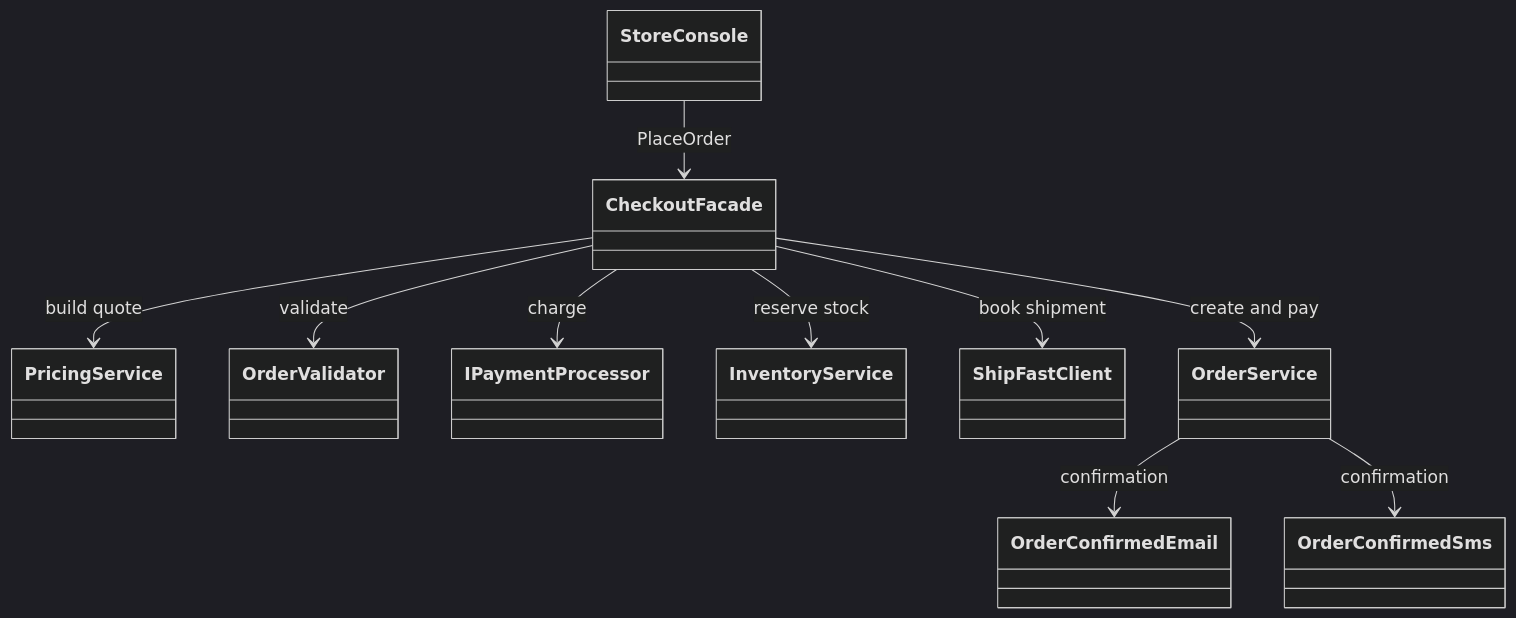
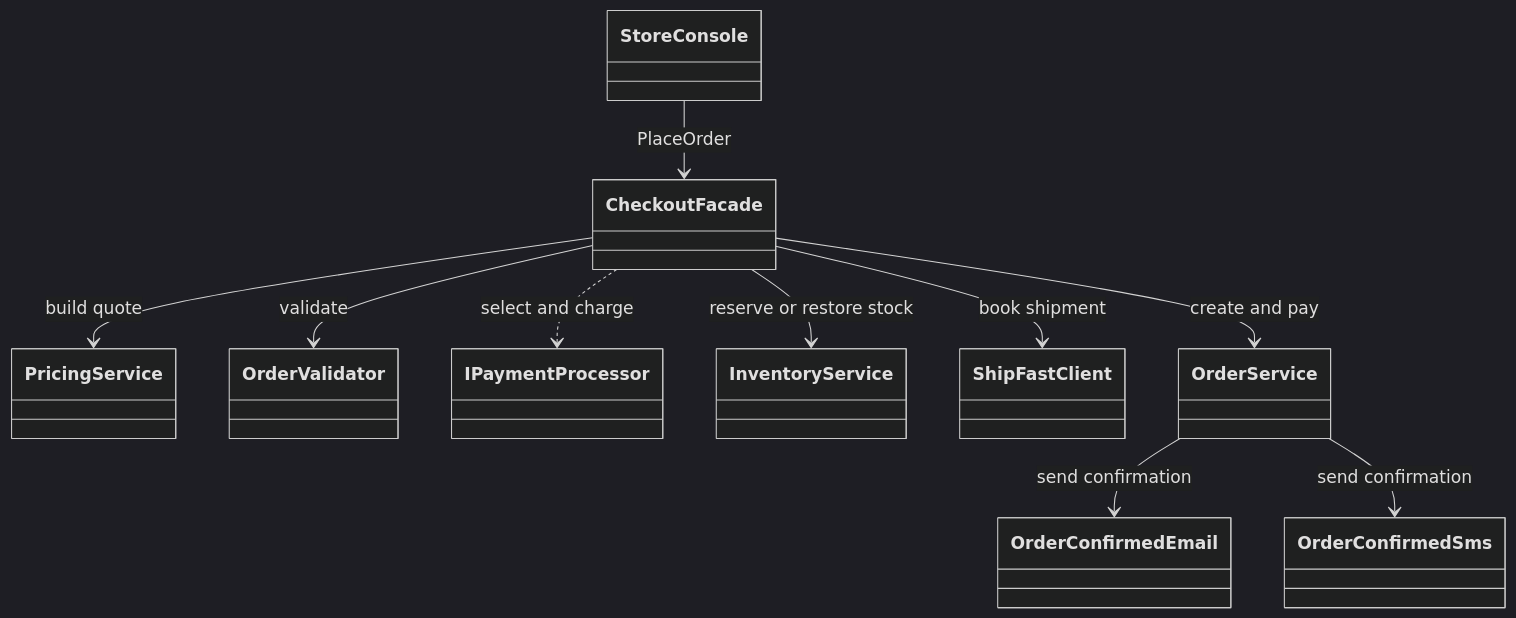
Before and after one commit to vaughnellis/gang-of-four-in-action: the first of 2 diagrams in patterns/structural/facade/README.md, drawn with Mermaid (dark theme). The commit also changed other lines of this file and 34 other files, not shown here.

````diff
--- a/patterns/structural/facade/README.md
+++ b/patterns/structural/facade/README.md
@@ -24,12 +64,12 @@
 ```mermaid
 classDiagram
-	StoreConsole --> CheckoutFacade : PlaceOrder
-	CheckoutFacade --> PricingService : build quote
-	CheckoutFacade --> OrderValidator : validate
-	CheckoutFacade --> IPaymentProcessor : charge
-	CheckoutFacade --> InventoryService : reserve stock
-	CheckoutFacade --> ShipFastClient : book shipment
-	CheckoutFacade --> OrderService : create and pay
-	OrderService --> OrderConfirmedEmail : confirmation
-	OrderService --> OrderConfirmedSms : confirmation
+    StoreConsole --> CheckoutFacade : PlaceOrder
+    CheckoutFacade --> PricingService : build quote
+    CheckoutFacade --> OrderValidator : validate
+    CheckoutFacade ..> IPaymentProcessor : select and charge
+    CheckoutFacade --> InventoryService : reserve or restore stock
+    CheckoutFacade --> ShipFastClient : book shipment
+    CheckoutFacade --> OrderService : create and pay
+    OrderService --> OrderConfirmedEmail : send confirmation
+    OrderService --> OrderConfirmedSms : send confirmation
 ```
````
